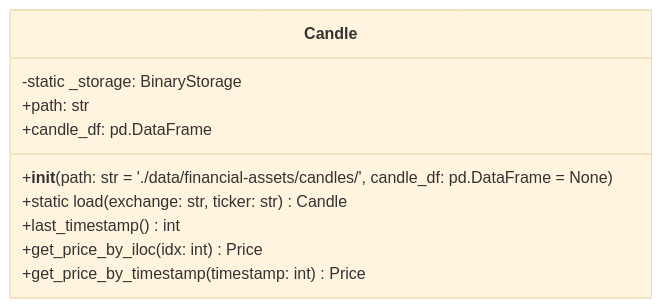
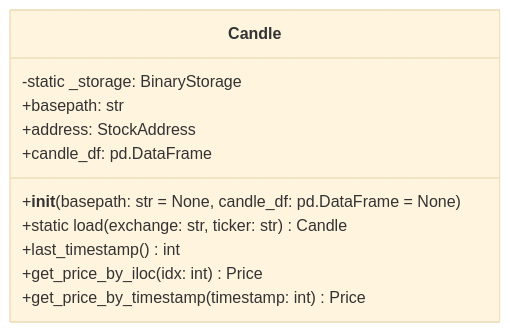
The second of 7 diagrams in packages/financial-assets/financial_assets/candle/Architecture.md (gatesplan/python-toolbox), drawn with Mermaid (base theme) before and after one commit. The commit also changed other lines of this file and 20 other files, not shown here.

First line of the commit message:
feat(financial-assets): v0.0.1 구현 완료

````diff
--- a/packages/financial-assets/financial_assets/candle/Architecture.md
+++ b/packages/financial-assets/financial_assets/candle/Architecture.md
@@ -60,13 +63,14 @@
 ```mermaid
 classDiagram
     class Candle {
         -static _storage: BinaryStorage
-        +path: str
+        +basepath: str
+        +address: StockAddress
         +candle_df: pd.DataFrame
-        +__init__(path: str = './data/financial-assets/candles/', candle_df: pd.DataFrame = None)
+        +__init__(basepath: str = None, candle_df: pd.DataFrame = None)
         +static load(exchange: str, ticker: str) Candle
         +last_timestamp() int
         +get_price_by_iloc(idx: int) Price
         +get_price_by_timestamp(timestamp: int) Price
     }
 ```
````
